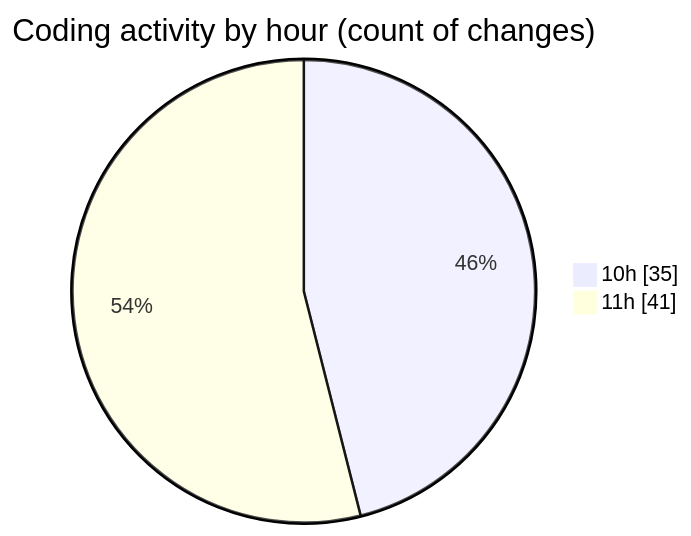
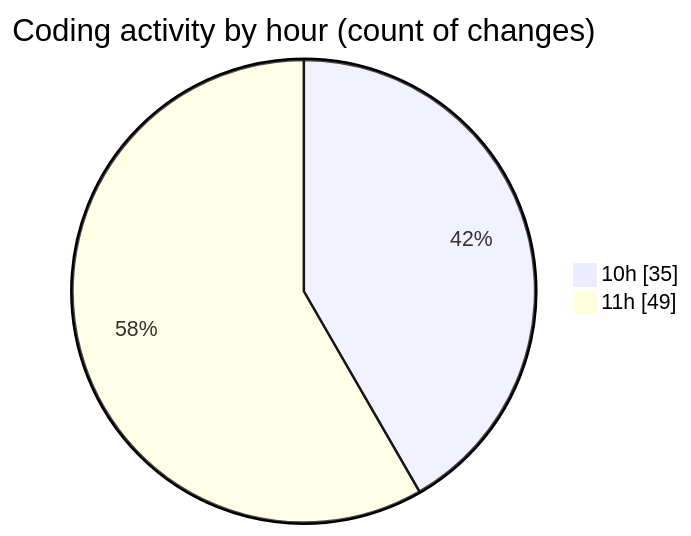
One commit to momahboobian/code-tracking changed the second of 2 diagrams in 2025-03-28/cda/README.md. Above: the diagram before and after it, drawn with Mermaid. The commit also changed other lines of this file and 1 other file, not shown here.

````diff
--- a/2025-03-28/cda/README.md
+++ b/2025-03-28/cda/README.md
@@ -32,6 +32,6 @@
 ```mermaid
 pie showData
 title Coding activity by hour (count of changes)
 "10h" : 35
-"11h" : 41
+"11h" : 49
 ```
````
